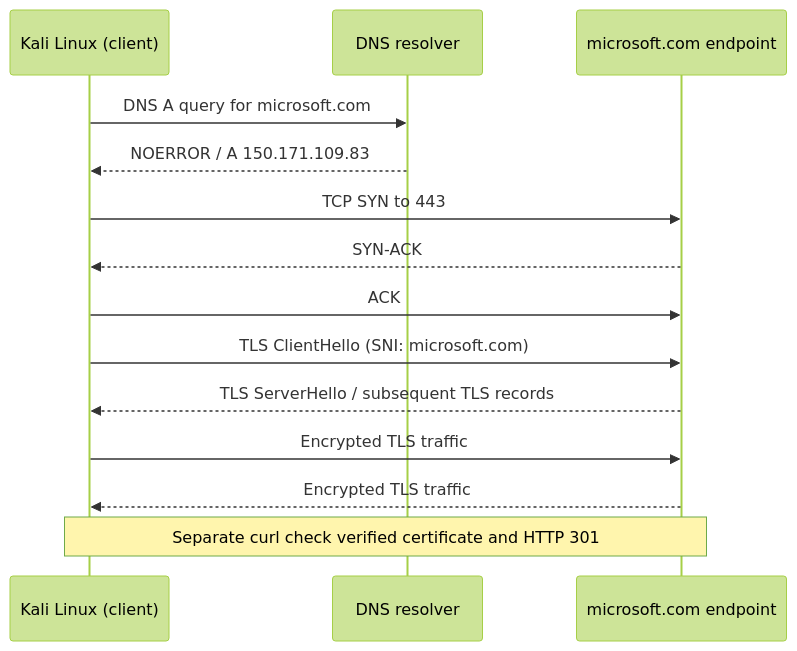
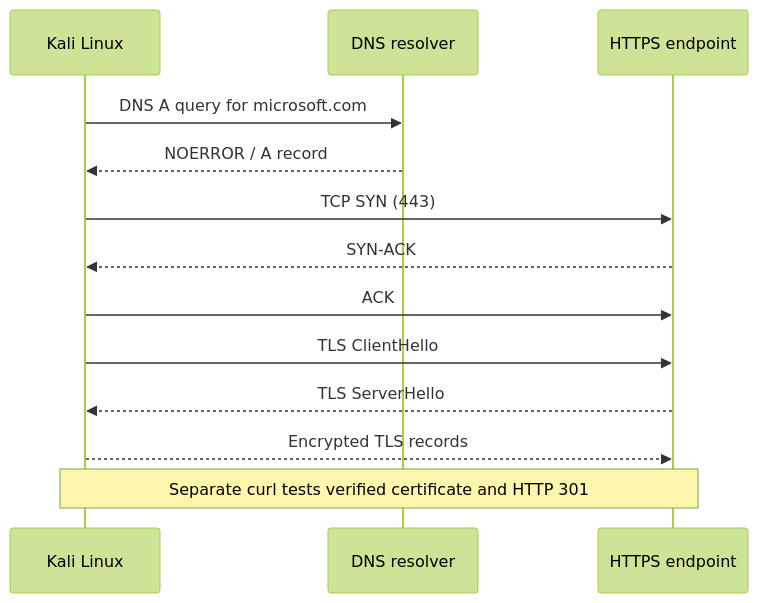
Before and after one commit to manuelRamote/network-traffic-analysis: the diagram in README.md, drawn with Mermaid (forest theme). The commit also changed other lines of this file, not shown here.

````diff
--- a/README.md
+++ b/README.md
@@ -30,16 +75,15 @@
 ```mermaid
 sequenceDiagram
-    participant K as Kali Linux (client)
+    participant C as Kali Linux
     participant D as DNS resolver
-    participant M as microsoft.com endpoint
-    K->>D: DNS A query for microsoft.com
-    D-->>K: NOERROR / A 150.171.109.83
-    K->>M: TCP SYN to 443
-    M-->>K: SYN-ACK
-    K->>M: ACK
-    K->>M: TLS ClientHello (SNI: microsoft.com)
-    M-->>K: TLS ServerHello / subsequent TLS records
-    K->>M: Encrypted TLS traffic
-    M-->>K: Encrypted TLS traffic
-    Note over K,M: Separate curl check verified certificate and HTTP 301
+    participant S as HTTPS endpoint
+    C->>D: DNS A query for microsoft.com
+    D-->>C: NOERROR / A record
+    C->>S: TCP SYN (443)
+    S-->>C: SYN-ACK
+    C->>S: ACK
+    C->>S: TLS ClientHello
+    S-->>C: TLS ServerHello
+    C-->>S: Encrypted TLS records
+    Note over C,S: Separate curl tests verified certificate and HTTP 301
 ```
````
